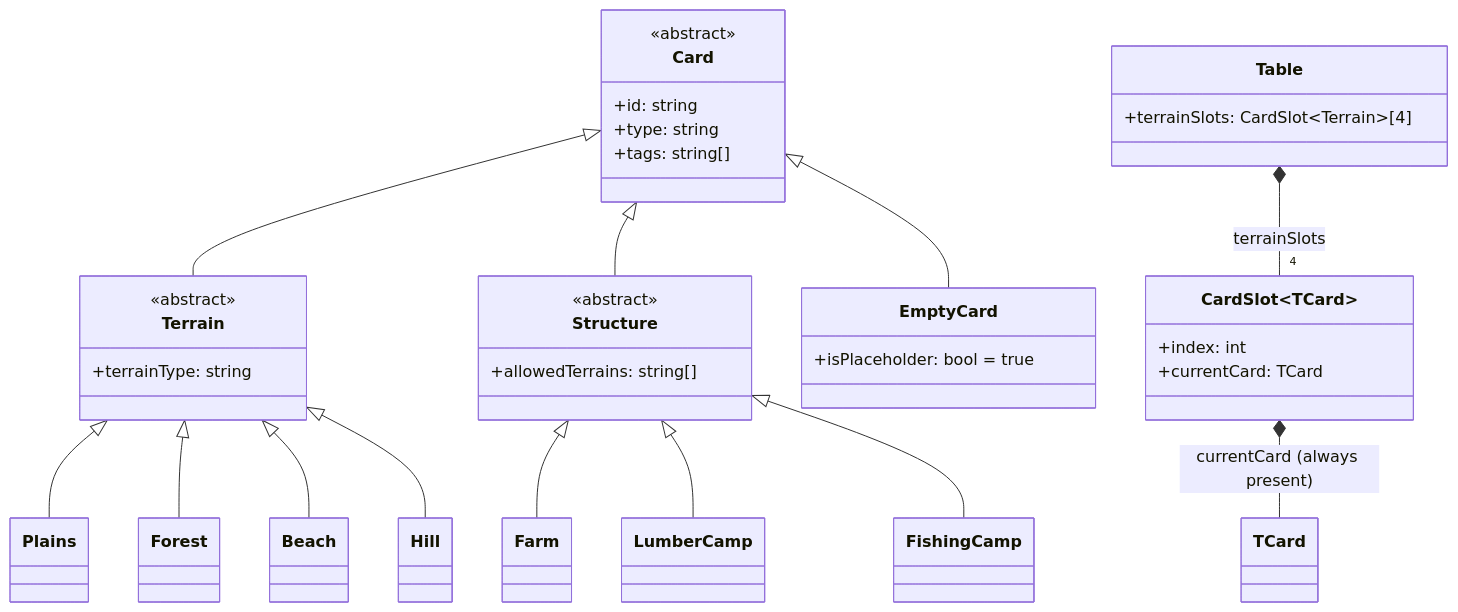
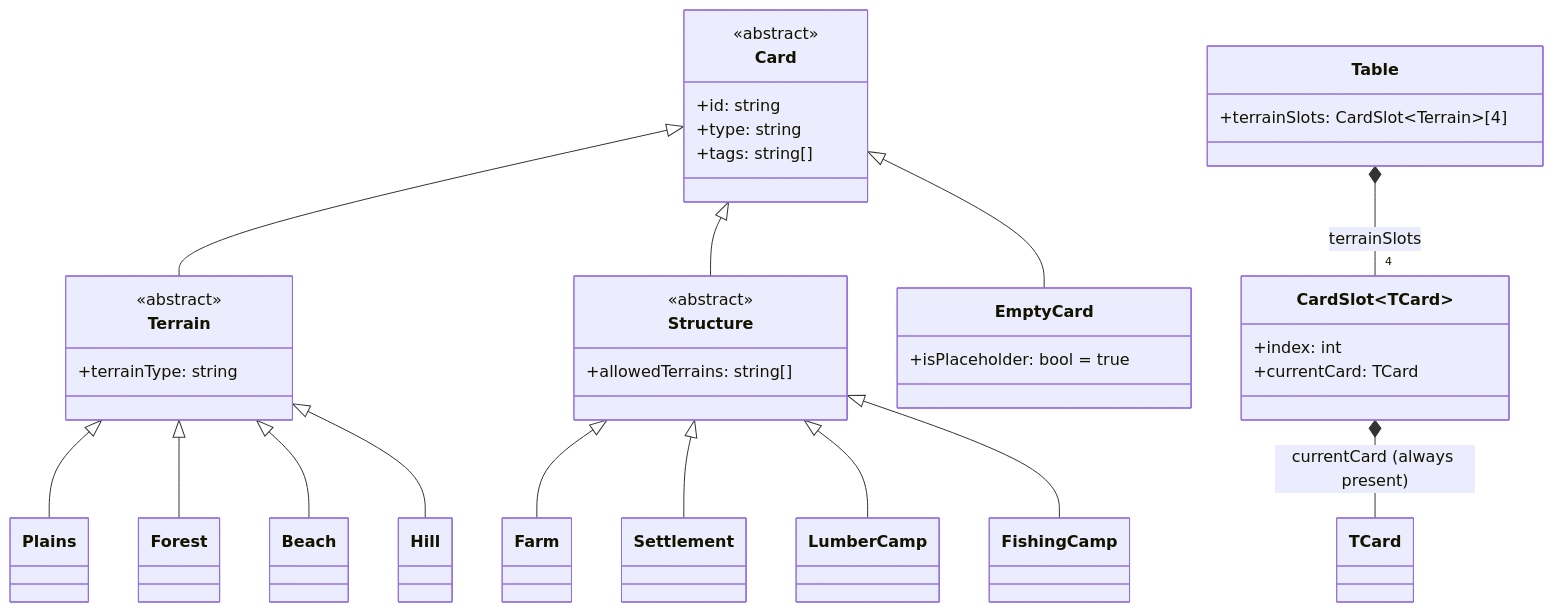
Before and after one commit to AJosephsen/gfxer: the first of 2 diagrams in StrategyGame/data-structure.md, drawn with Mermaid. The commit also changed other lines of this file, not shown here.

Commit message:
docs: add settlement as structure subtype in UML

````diff
--- a/StrategyGame/data-structure.md
+++ b/StrategyGame/data-structure.md
@@ -17,54 +17,56 @@
 ```mermaid
 classDiagram
     class Card {
         <<abstract>>
         +id: string
         +type: string
         +tags: string[]
     }
 
     class Terrain {
         <<abstract>>
         +terrainType: string
     }
 
     class Structure {
         <<abstract>>
         +allowedTerrains: string[]
     }
 
     class Farm
+    class Settlement
     class LumberCamp
     class FishingCamp
 
     class Plains
     class Forest
     class Beach
     class Hill
 
     class EmptyCard {
         +isPlaceholder: bool = true
     }
 
     class CardSlot~TCard~ {
         +index: int
         +currentCard: TCard
     }
 
     class Table {
         +terrainSlots: CardSlot~Terrain~[4]
     }
 
     Card <|-- EmptyCard
     Card <|-- Terrain
     Card <|-- Structure
     Structure <|-- Farm
+    Structure <|-- Settlement
     Structure <|-- LumberCamp
     Structure <|-- FishingCamp
     Terrain <|-- Plains
     Terrain <|-- Forest
     Terrain <|-- Beach
     Terrain <|-- Hill
     CardSlot~TCard~ *-- TCard : currentCard (always present)
     Table *-- "4" CardSlot~Terrain~ : terrainSlots
 ```
````
